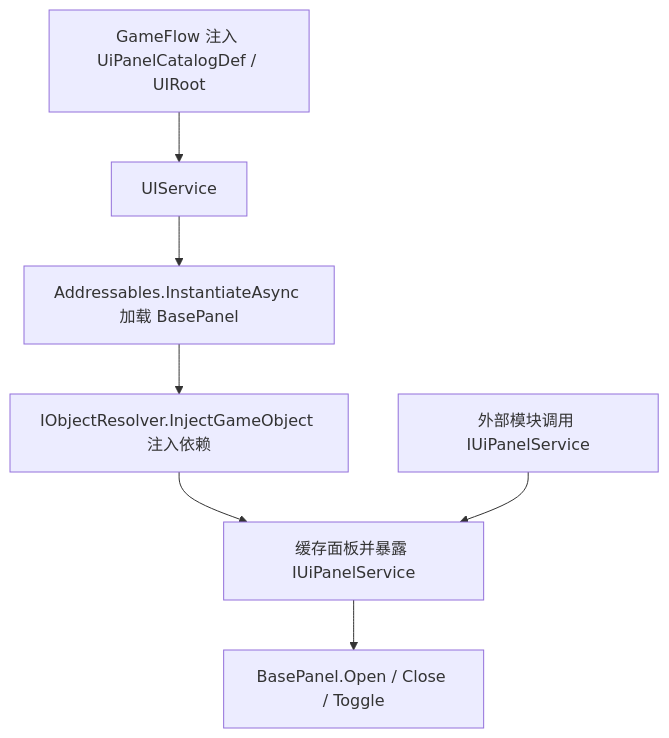
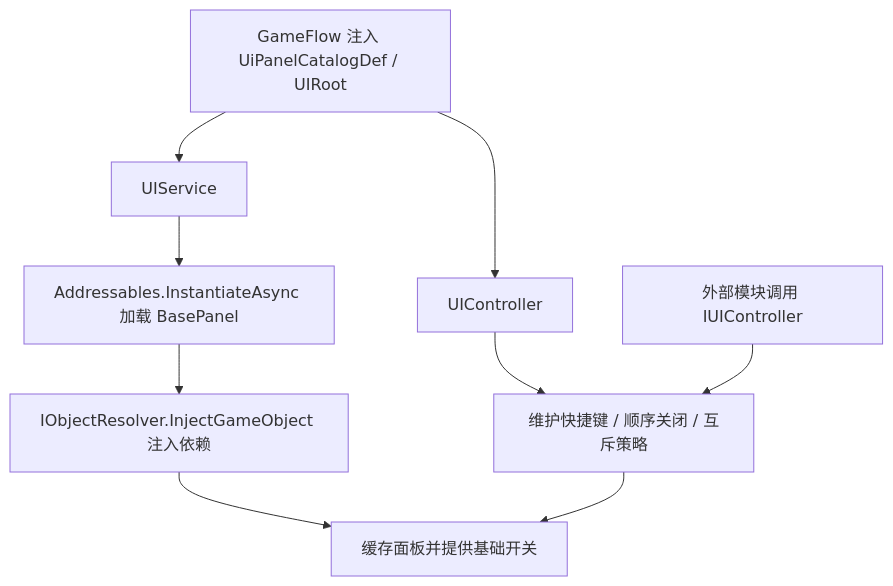
Before and after one commit to PatrickTwo/GameDesign4.0: the diagram in Assets/Scripts/UI/README.md, drawn with Mermaid. The commit also changed other lines of this file and 31 other files, not shown here.

````diff
--- a/Assets/Scripts/UI/README.md
+++ b/Assets/Scripts/UI/README.md
@@ -65,9 +66,11 @@
 ```mermaid
 flowchart TD
     A["GameFlow 注入 UiPanelCatalogDef / UIRoot"] --> B["UIService"]
-    B --> C["Addressables.InstantiateAsync 加载 BasePanel"]
-    C --> D["IObjectResolver.InjectGameObject 注入依赖"]
-    D --> E["缓存面板并暴露 IUiPanelService"]
-    F["外部模块调用 IUiPanelService"] --> E
-    E --> G["BasePanel.Open / Close / Toggle"]
+    A --> C["UIController"]
+    B --> D["Addressables.InstantiateAsync 加载 BasePanel"]
+    D --> E["IObjectResolver.InjectGameObject 注入依赖"]
+    E --> F["缓存面板并提供基础开关"]
+    C --> G["维护快捷键 / 顺序关闭 / 互斥策略"]
+    G --> F
+    H["外部模块调用 IUIController"] --> G
 ```
````
